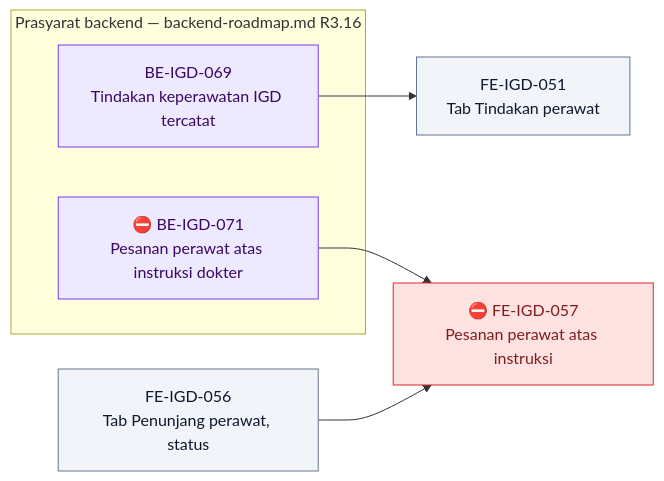
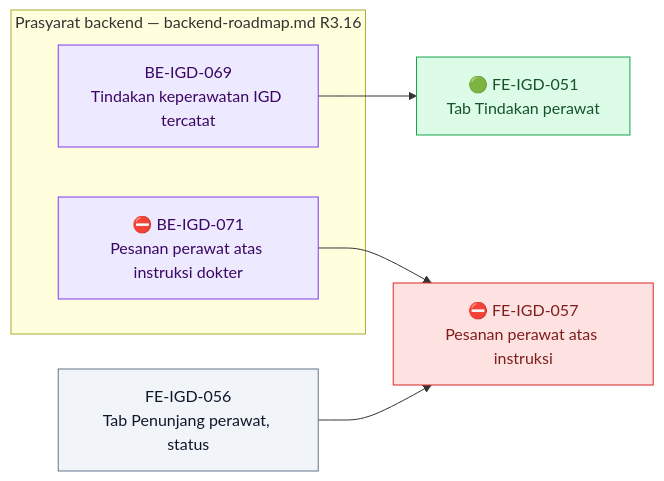
Diagram 18 of 18 in docs/module-blueprints/igd/roadmap/frontend-roadmap.md (DevBenari/NewQuilvianSystemBackend), drawn with Mermaid before and after one commit. The commit also changed other lines of this file and 13 other files, not shown here.

````diff
--- a/docs/module-blueprints/igd/roadmap/frontend-roadmap.md
+++ b/docs/module-blueprints/igd/roadmap/frontend-roadmap.md
@@ -2149,21 +2149,21 @@
 ```mermaid
 flowchart LR
     classDef selesai fill:#DCFCE7,stroke:#16A34A,color:#14532D
     classDef sebagian fill:#FEF9C3,stroke:#CA8A04,color:#713F12
     classDef terblokir fill:#FEE2E2,stroke:#DC2626,color:#7F1D1D
     classDef belum fill:#F1F5F9,stroke:#64748B,color:#0F172A
     classDef luar fill:#EDE9FE,stroke:#7C3AED,color:#3B0764
 
     subgraph backend1404["Prasyarat backend — backend-roadmap.md R3.16"]
         BEIGD069P["BE-IGD-069<br/>Tindakan keperawatan IGD tercatat"]:::luar
         BEIGD071P["⛔ BE-IGD-071<br/>Pesanan perawat atas instruksi dokter"]:::luar
     end
 
-    FEIGD051["FE-IGD-051<br/>Tab Tindakan perawat"]:::belum
+    FEIGD051["🟢 FE-IGD-051<br/>Tab Tindakan perawat"]:::selesai
     FEIGD056["FE-IGD-056<br/>Tab Penunjang perawat, status"]:::belum
     FEIGD057["⛔ FE-IGD-057<br/>Pesanan perawat atas instruksi"]:::terblokir
 
     BEIGD069P --> FEIGD051
     FEIGD056 --> FEIGD057
     BEIGD071P --> FEIGD057
 ```
````
